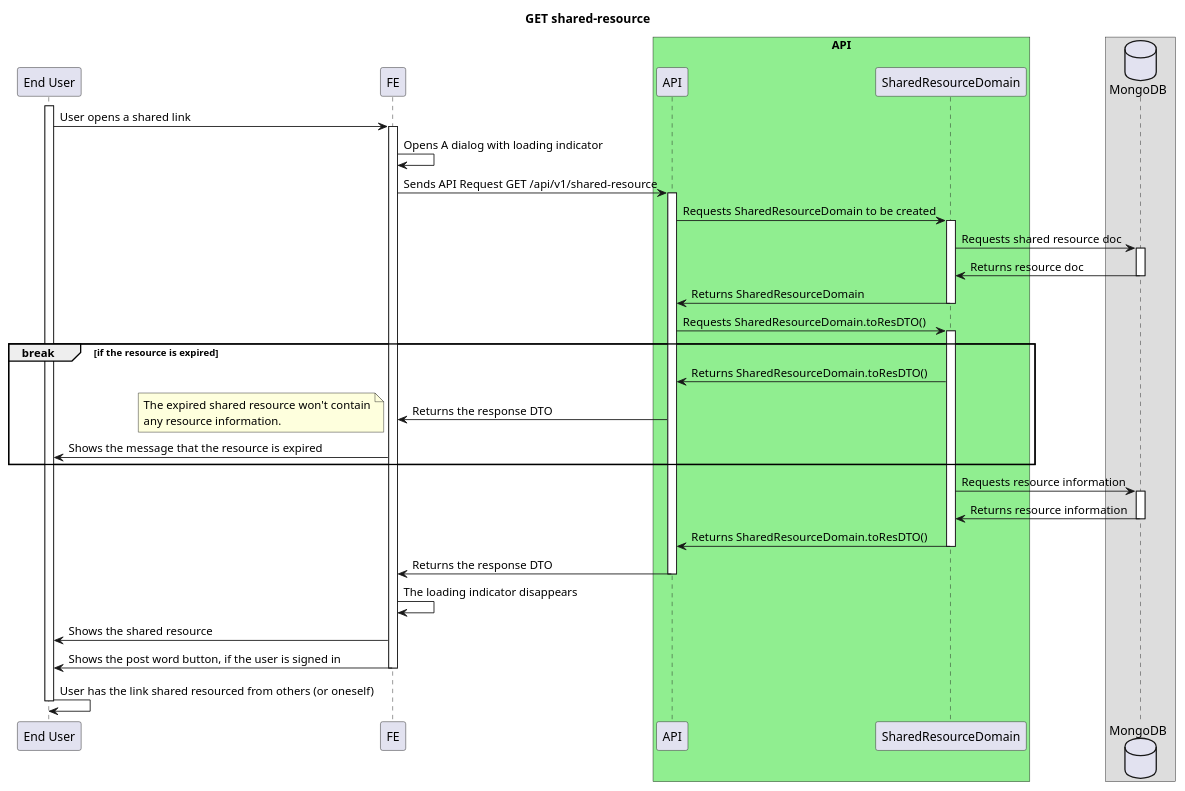
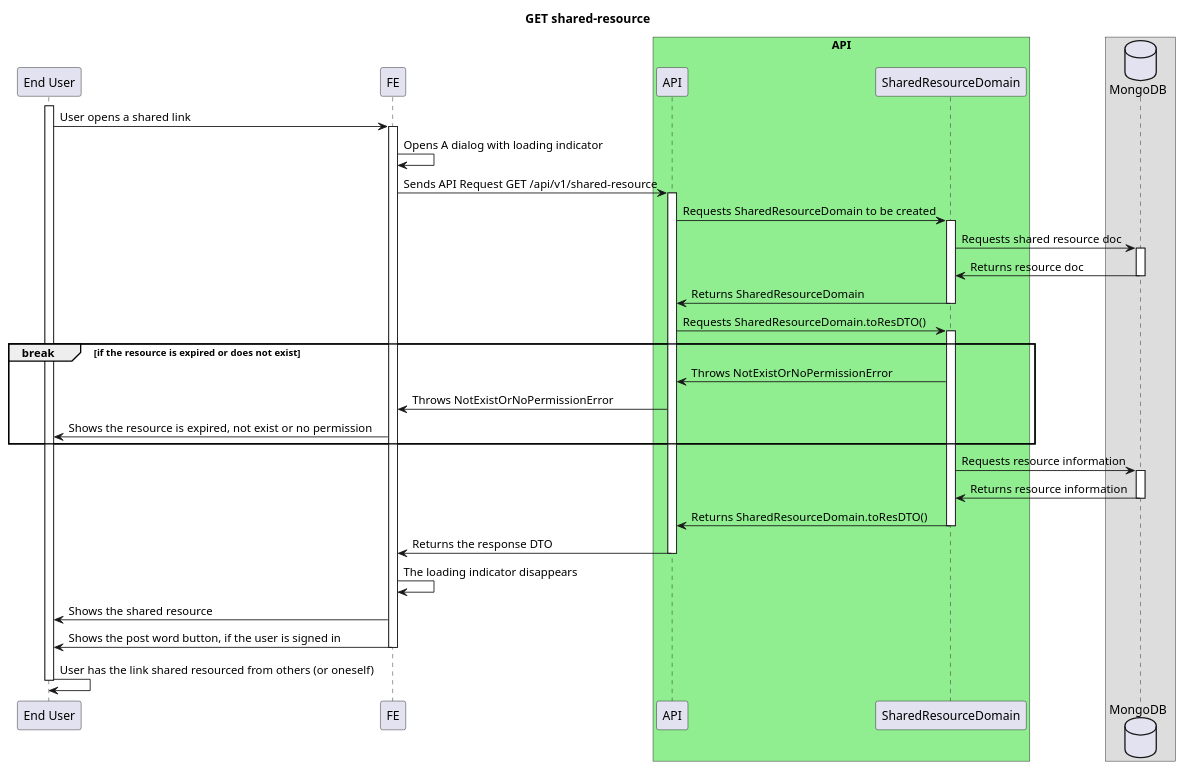
Before and after one commit to ajktown/docs: the second of 2 diagrams in dev/diagrams/on-click-share-resource.md, drawn with PlantUML. The commit also changed other lines of this file, not shown here.

````diff
--- a/dev/diagrams/on-click-share-resource.md
+++ b/dev/diagrams/on-click-share-resource.md
@@ -102,56 +104,52 @@
 ```plantuml
 
 @startuml
 
 title GET shared-resource
 
 participant "End User" as user
 participant "FE" as fe
 box "API" #Lightgreen
   participant "API" as api
   participant "SharedResourceDomain" as domain
 box
 database "MongoDB" as db
 
 activate user
   user -> fe: User opens a shared link
   activate fe
     fe -> fe: Opens A dialog with loading indicator
     fe -> api: Sends API Request GET /api/v1/shared-resource
     activate api
       api -> domain: Requests SharedResourceDomain to be created
       activate domain
         domain -> db: Requests shared resource doc
         activate db
           domain <- db: Returns resource doc
         deactivate db
         api <- domain: Returns SharedResourceDomain
         deactivate domain
         api -> domain: Requests SharedResourceDomain.toResDTO()
           activate domain
-            break if the resource is expired
-              api <- domain: Returns SharedResourceDomain.toResDTO()
-              fe <- api: Returns the response DTO
-              note left
-                The expired shared resource won't contain
-                any resource information.
-              end note
-              user <- fe : Shows the message that the resource is expired
+            break if the resource is expired or does not exist
+              api <- domain: Throws NotExistOrNoPermissionError
+              fe <- api: Throws NotExistOrNoPermissionError
+              user <- fe : Shows the resource is expired, not exist or no permission
             end break
             domain -> db: Requests resource information
             activate db
               domain <- db: Returns resource information
             deactivate db
             api <- domain: Returns SharedResourceDomain.toResDTO()
           deactivate domain
         fe <- api: Returns the response DTO
     deactivate api
   fe -> fe: The loading indicator disappears
   user <- fe: Shows the shared resource
   user <- fe: Shows the post word button, if the user is signed in
   deactivate fe
   user -> user: User has the link shared resourced from others (or oneself)
 deactivate user
 
 
 ```
````
